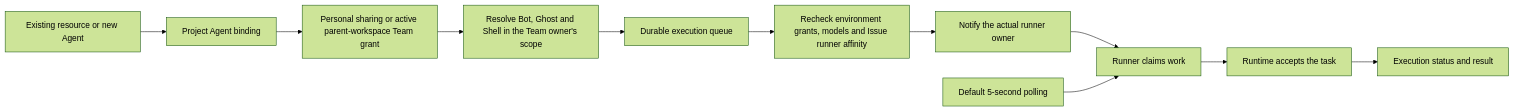
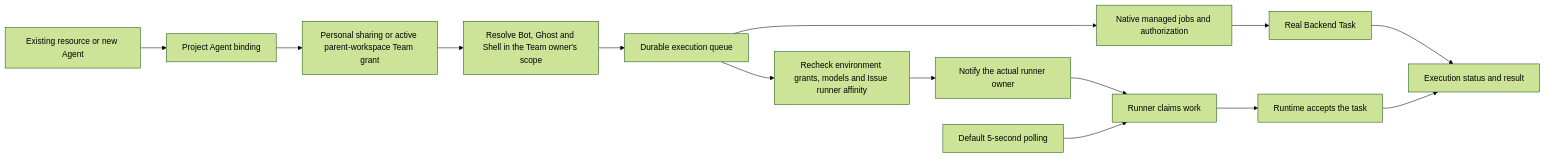
The diagram in docs/en/wegent/developer-guide/wework-collaboration-execution.md (wecode-ai/Wegent), drawn with Mermaid (forest theme) before and after one commit. The commit also changed other lines of this file and 16 other files, not shown here.

Commit message:
fix(collaboration): secure participation history and run managed issue jobs

````diff
--- a/docs/en/wegent/developer-guide/wework-collaboration-execution.md
+++ b/docs/en/wegent/developer-guide/wework-collaboration-execution.md
@@ -10,13 +10,16 @@
 ```mermaid
 flowchart LR
   Selection[Existing resource or new Agent] --> Binding[Project Agent binding]
   Binding --> Access[Personal sharing or active parent-workspace Team grant]
   Access --> Compile[Resolve Bot, Ghost and Shell in the Team owner's scope]
   Compile --> Queue[Durable execution queue]
+  Queue --> Managed[Native managed jobs and authorization]
+  Managed --> Task[Real Backend Task]
+  Task --> Status
   Queue --> Routing[Recheck environment grants, models and Issue runner affinity]
   Routing --> Wake[Notify the actual runner owner]
   Wake --> Pull[Runner claims work]
   Poll[Default 5-second polling] --> Pull
   Pull --> Accept[Runtime accepts the task]
   Accept --> Status[Execution status and result]
 ```
````
